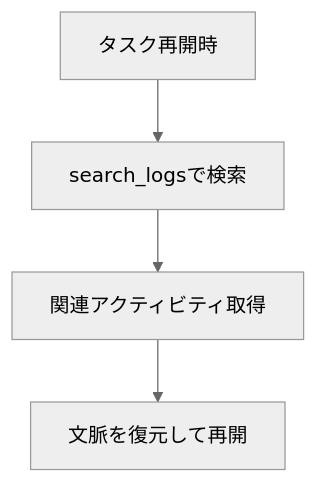
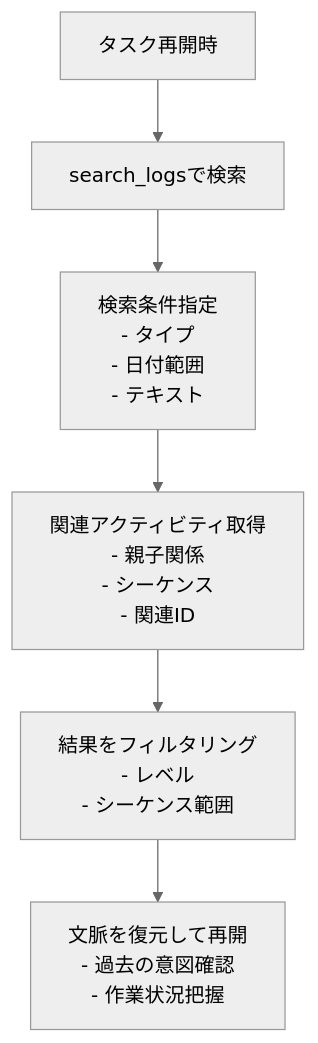
Before and after one commit to annenpolka/roo-logger: the second of 2 diagrams in README.md, drawn with Mermaid (neutral theme). The commit also changed other lines of this file, not shown here.

Commit message:
docs: READMEの構造整理と内容充実（ルール例・意図と文脈の重要性追記）

````diff
--- a/README.md
+++ b/README.md
@@ -25,6 +28,8 @@
 ```mermaid
 flowchart TD
-    D[タスク再開時] --> E[search_logsで検索]
-    E --> F[関連アクティビティ取得]
-    F --> G[文脈を復元して再開]
+    G[タスク再開時] --> H[search_logsで検索]
+    H --> I[検索条件指定<br>- タイプ<br>- 日付範囲<br>- テキスト]
+    I --> J[関連アクティビティ取得<br>- 親子関係<br>- シーケンス<br>- 関連ID]
+    J --> K[結果をフィルタリング<br>- レベル<br>- シーケンス範囲]
+    K --> L[文脈を復元して再開<br>- 過去の意図確認<br>- 作業状況把握]
 ```
````
